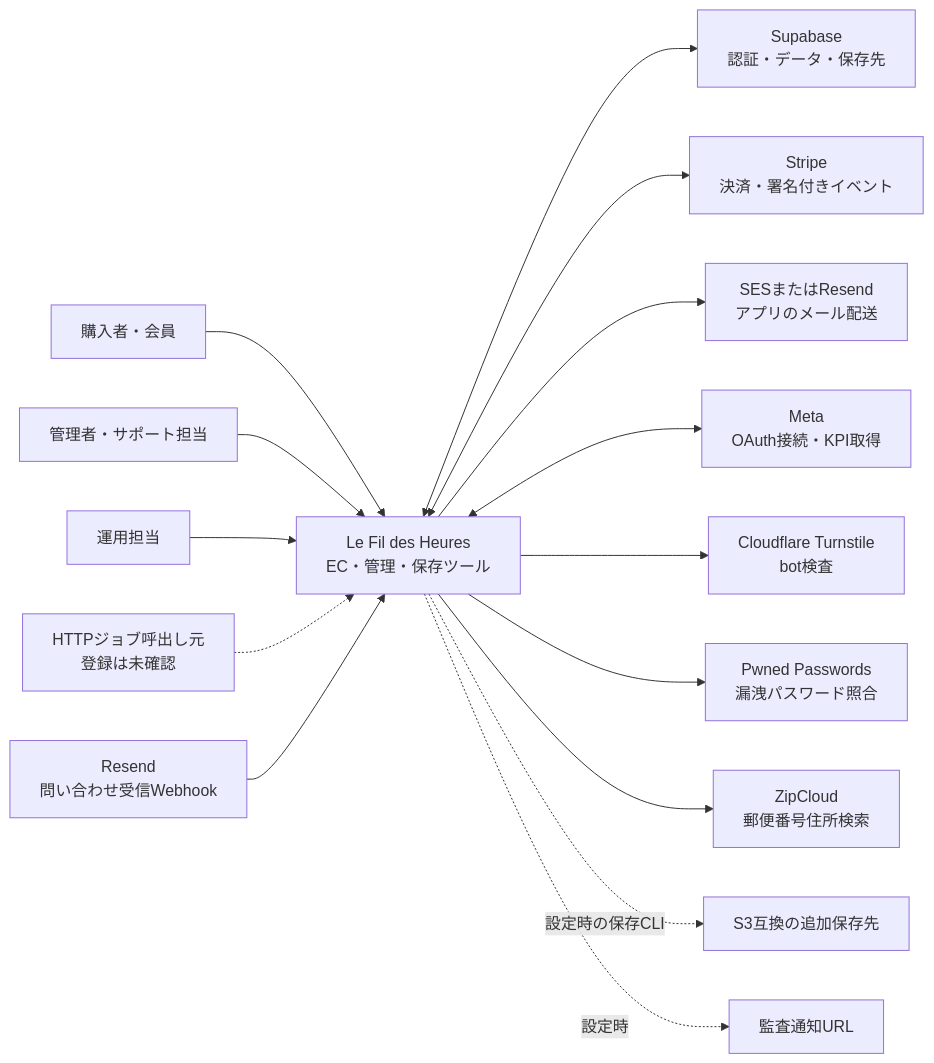
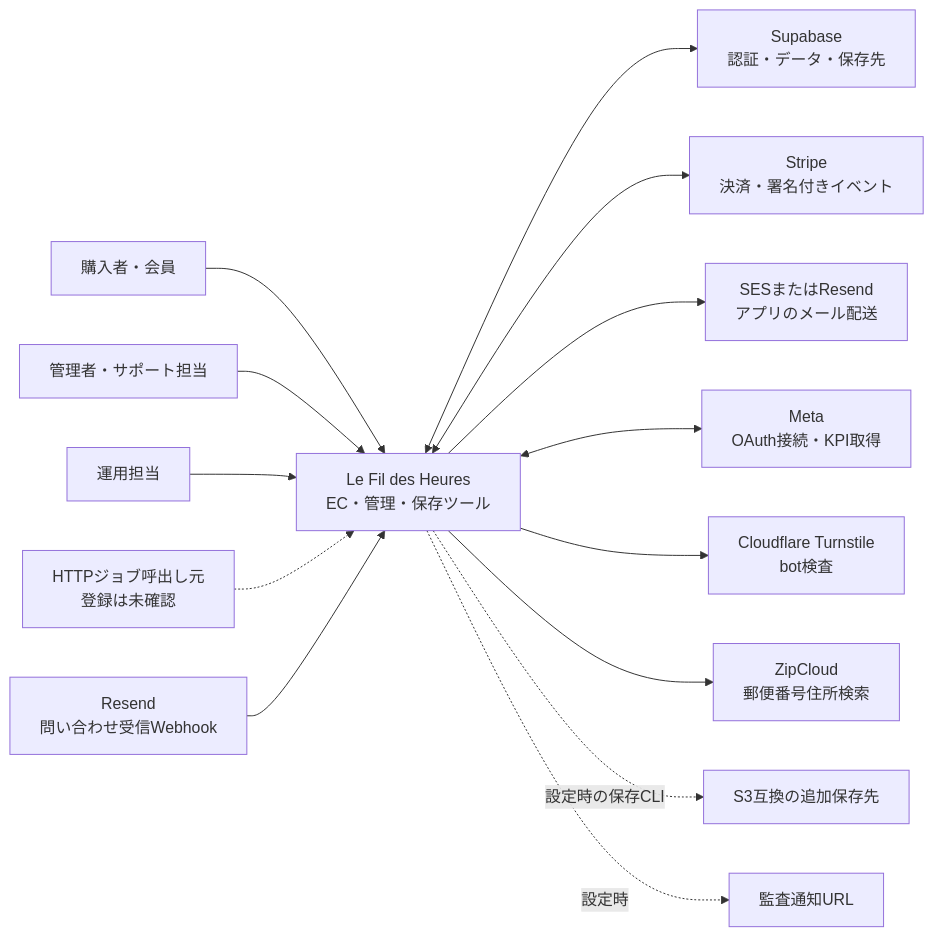
Before and after one commit to ChocoWork/o_official: the diagram in docs/01_Planning/system-context.md, drawn with Mermaid. The commit also changed other lines of this file and 10 other files, not shown here.

````diff
--- a/docs/01_Planning/system-context.md
+++ b/docs/01_Planning/system-context.md
@@ -11,17 +11,16 @@
 ```mermaid
 flowchart LR
   Shopper[購入者・会員] --> System[Le Fil des Heures<br/>EC・管理・保存ツール]
   Admin[管理者・サポート担当] --> System
   Operator[運用担当] --> System
   Cron[HTTPジョブ呼出し元<br/>登録は未確認] -.-> System
   System <--> Supabase[Supabase<br/>認証・データ・保存先]
   System <--> Stripe[Stripe<br/>決済・署名付きイベント]
   System --> Mail[SESまたはResend<br/>アプリのメール配送]
   Resend[Resend<br/>問い合わせ受信Webhook] --> System
   System <--> Meta[Meta<br/>OAuth接続・KPI取得]
   System --> Bot[Cloudflare Turnstile<br/>bot検査]
-  System --> HIBP[Pwned Passwords<br/>漏洩パスワード照合]
   System --> Zip[ZipCloud<br/>郵便番号住所検索]
   System -. 設定時の保存CLI .-> S3[S3互換の追加保存先]
   System -. 設定時 .-> Audit[監査通知URL]
 ```
````
